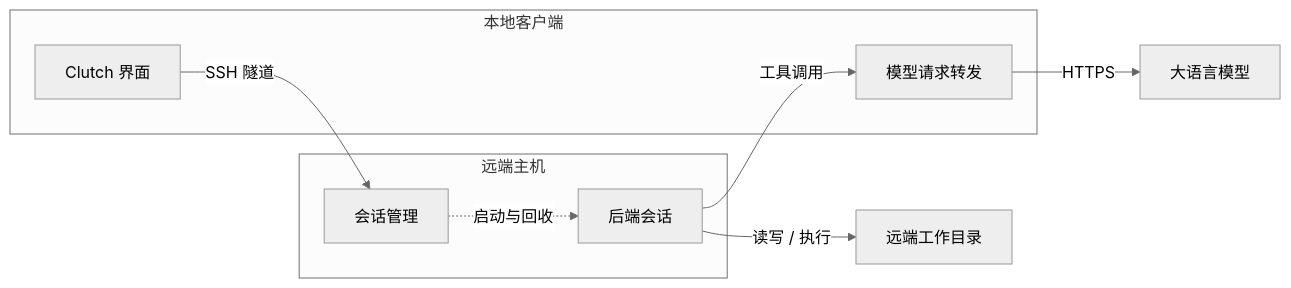
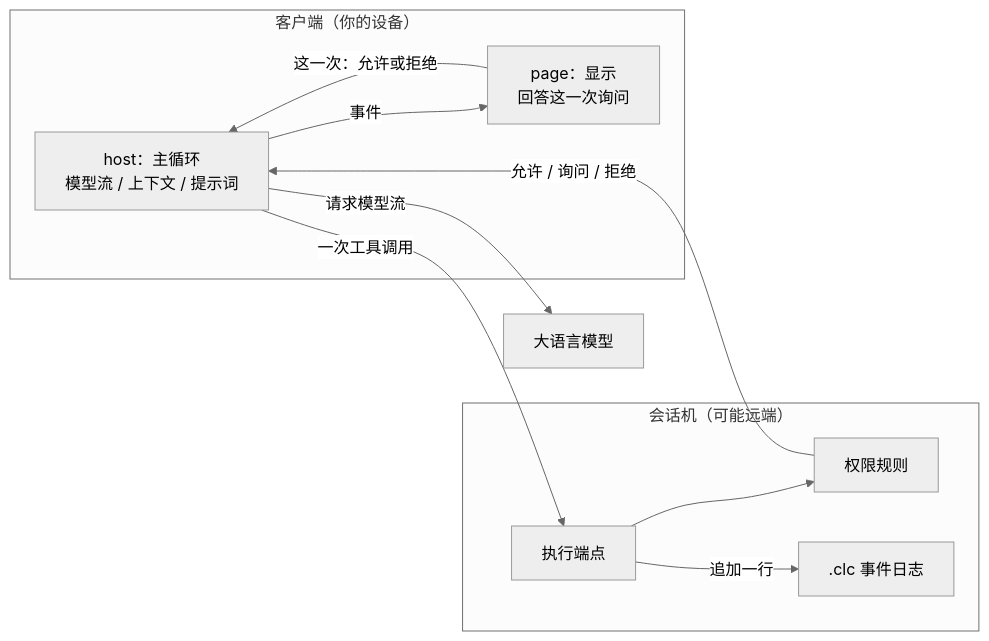
One commit to Ethereal1024/Clutch changed the diagram in README.zh.md. Above: the diagram before and after it, drawn with Mermaid (neutral theme). The commit also changed other lines of this file and 149 other files, not shown here.

````diff
--- a/README.zh.md
+++ b/README.zh.md
@@ -141,16 +135,19 @@
 ```mermaid
 flowchart LR
-    subgraph local["本地客户端"]
-        UI["Clutch 界面"]
-        PXY["模型请求转发"]
+    subgraph client["客户端（你的设备）"]
+        HOST["host：主循环<br/>模型流 / 上下文 / 提示词"]
+        PAGE["page：显示<br/>回答这一次询问"]
     end
-    subgraph remote["远端主机"]
-        SUP["会话管理"]
-        AG["后端会话"]
+    subgraph machine["会话机（可能远端）"]
+        EXEC["执行端点"]
+        PERM["权限规则"]
+        CLC[".clc 事件日志"]
     end
-    UI -- "SSH 隧道" --> SUP
-    SUP -. "启动与回收" .-> AG
-    AG -- "工具调用" --> PXY
-    PXY -- "HTTPS" --> LLM["大语言模型"]
-    AG -- "读写 / 执行" --> WS["远端工作目录"]
+    HOST -- "请求模型流" --> LLM["大语言模型"]
+    HOST -- "一次工具调用" --> EXEC
+    EXEC --> PERM
+    PERM -- "允许 / 询问 / 拒绝" --> HOST
+    HOST -- "事件" --> PAGE
+    PAGE -- "这一次：允许或拒绝" --> HOST
+    EXEC -- "追加一行" --> CLC
 ```
````
